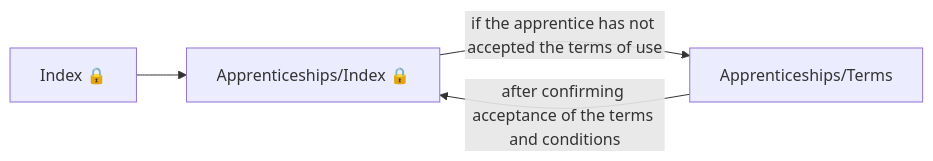
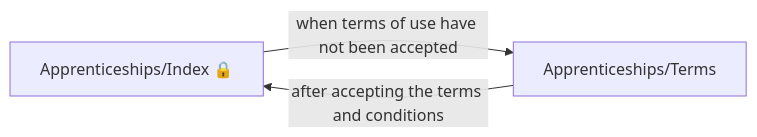
One commit to talentconsulting/atlas-dfe changed the first of 7 diagrams in das-apprentice-commitments-web/user-journeys/user-journeys.md. Above: the diagram before and after it, drawn with Mermaid. The commit also changed other lines of this file and 36 other files, not shown here.

````diff
--- a/das-apprentice-commitments-web/user-journeys/user-journeys.md
+++ b/das-apprentice-commitments-web/user-journeys/user-journeys.md
@@ -19,6 +9,5 @@
 ```mermaid
 flowchart LR
-  p0["Index 🔒"] --> p1["Apprenticeships/Index 🔒"]
-  p1["Apprenticeships/Index 🔒"] -->|"if the apprentice has not accepted the terms of use"| p2["Apprenticeships/Terms"]
-  p2["Apprenticeships/Terms"] -->|"after confirming acceptance of the terms and conditions"| p1["Apprenticeships/Index 🔒"]
+  p0["Apprenticeships/Index 🔒"] -->|"when terms of use have not been accepted"| p1["Apprenticeships/Terms"]
+  p1["Apprenticeships/Terms"] -->|"after accepting the terms and conditions"| p0["Apprenticeships/Index 🔒"]
 ```
````
